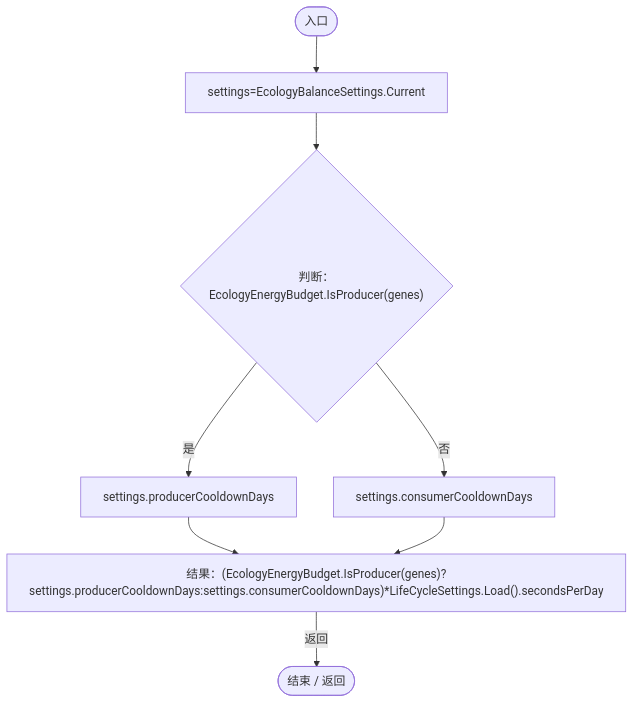
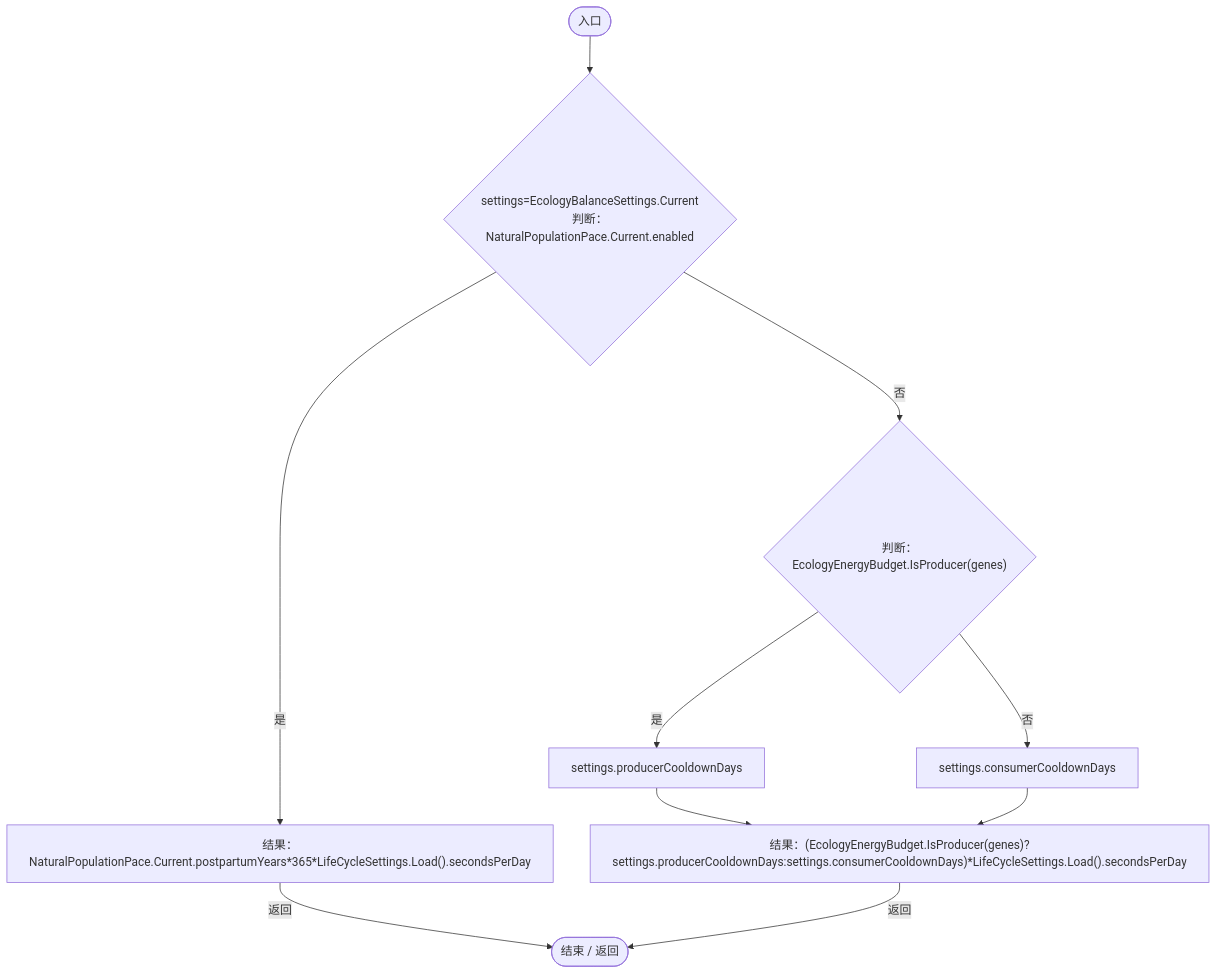
Before and after one commit to xhs6666/Darwin_paradise: the second of 3 diagrams in Docs/运行流程图/脚本/f834876424538fa9.md, drawn with Mermaid. The commit also changed other lines of this file and 229 other files, not shown here.

````diff
--- a/Docs/运行流程图/脚本/f834876424538fa9.md
+++ b/Docs/运行流程图/脚本/f834876424538fa9.md
@@ -68,18 +93,21 @@
 ```mermaid
 flowchart TD
   b0(["入口"])
-  b1["settings=EcologyBalanceSettings.Current"]
-  b2{"判断：EcologyEnergyBudget.IsProducer(genes)"}
-  b3["settings.producerCooldownDays"]
-  b4["settings.consumerCooldownDays"]
-  b5["结果：(EcologyEnergyBudget.IsProducer(genes)?settings.producerCooldownDays:settings.consumerCooldownDays)*LifeCycleSettings.Load().secondsPerDay"]
-  b6(["结束 / 返回"])
+  b1{"settings=EcologyBalanceSettings.Current<br/>判断：NaturalPopulationPace.Current.enabled"}
+  b2["结果：NaturalPopulationPace.Current.postpartumYears*365*LifeCycleSettings.Load().secondsPerDay"]
+  b3{"判断：EcologyEnergyBudget.IsProducer(genes)"}
+  b4["settings.producerCooldownDays"]
+  b5["settings.consumerCooldownDays"]
+  b6["结果：(EcologyEnergyBudget.IsProducer(genes)?settings.producerCooldownDays:settings.consumerCooldownDays)*LifeCycleSettings.Load().secondsPerDay"]
+  b7(["结束 / 返回"])
   b0 --> b1
-  b1 --> b2
-  b2 -->|"是"| b3
-  b2 -->|"否"| b4
-  b3 --> b5
-  b4 --> b5
-  b5 -->|"返回"| b6
+  b1 -->|"是"| b2
+  b1 -->|"否"| b3
+  b2 -->|"返回"| b7
+  b3 -->|"是"| b4
+  b3 -->|"否"| b5
+  b4 --> b6
+  b5 --> b6
+  b6 -->|"返回"| b7
 
 ```
````
